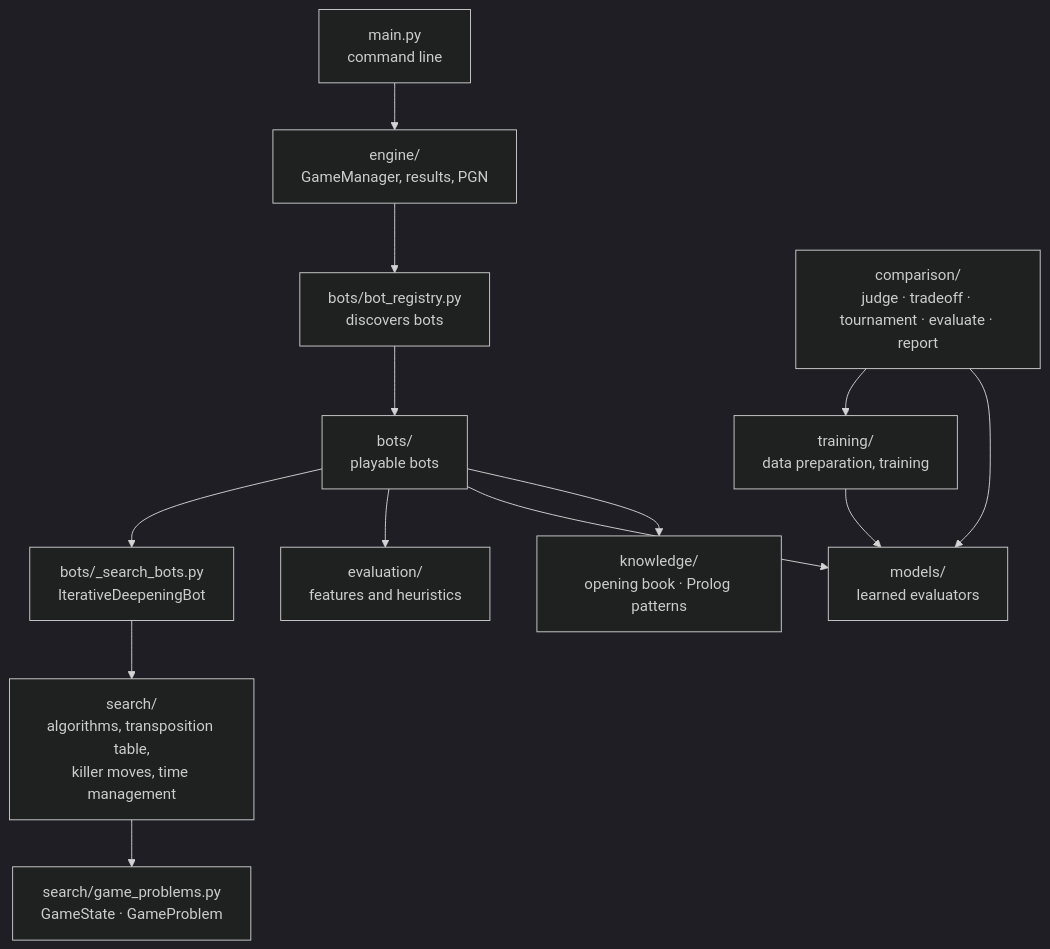
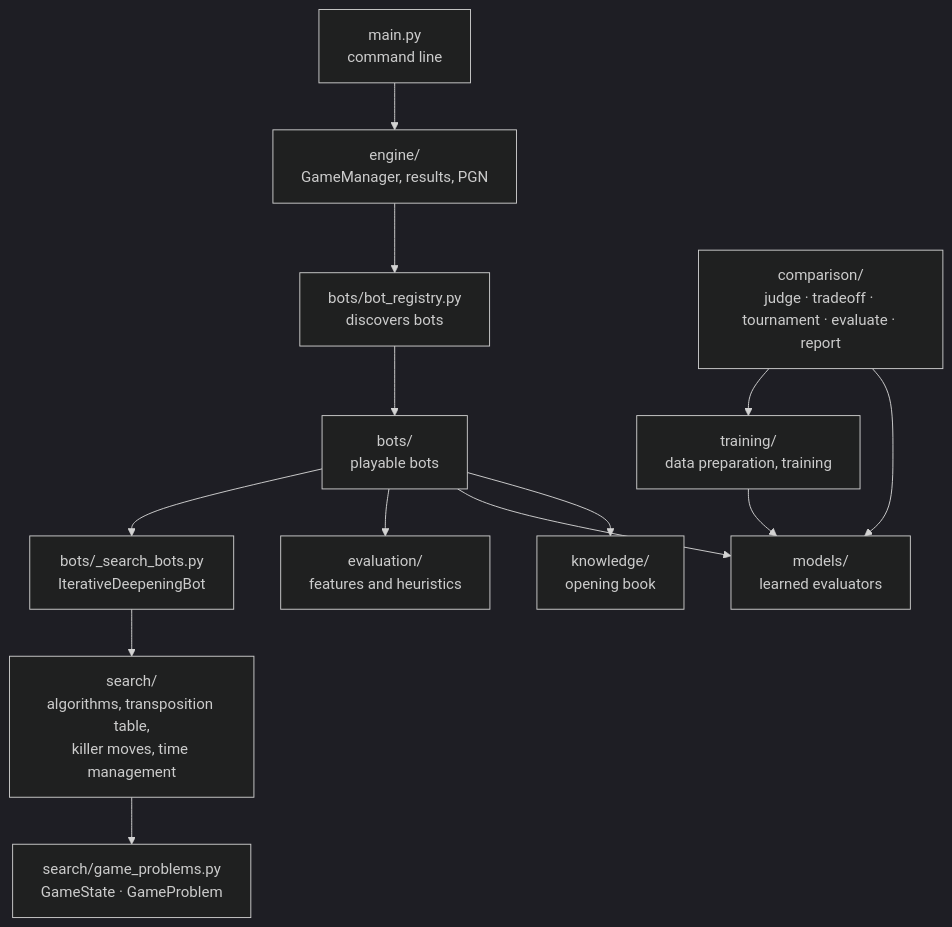
The first of 3 diagrams in docs/ARCHITECTURE.md (JoaquinDeVA/chess-ai-engine), drawn with Mermaid (dark theme) before and after one commit. The commit also changed other lines of this file and 7 other files, not shown here.

````diff
--- a/docs/ARCHITECTURE.md
+++ b/docs/ARCHITECTURE.md
@@ -12,15 +12,15 @@
 ```mermaid
 flowchart TB
     CLI["main.py<br/>command line"] --> GM["engine/<br/>GameManager, results, PGN"]
     GM --> REG["bots/bot_registry.py<br/>discovers bots"]
     REG --> BOTS["bots/<br/>playable bots"]
     BOTS --> BASES["bots/_search_bots.py<br/>IterativeDeepeningBot"]
     BASES --> SEARCH["search/<br/>algorithms, transposition table,<br/>killer moves, time management"]
     BOTS --> EVAL["evaluation/<br/>features and heuristics"]
     BOTS --> MODELS["models/<br/>learned evaluators"]
-    BOTS --> KNOW["knowledge/<br/>opening book · Prolog patterns"]
+    BOTS --> KNOW["knowledge/<br/>opening book"]
     SEARCH --> GAME["search/game_problems.py<br/>GameState · GameProblem"]
     TRAIN["training/<br/>data preparation, training"] --> MODELS
     COMP["comparison/<br/>judge · tradeoff · tournament · evaluate · report"] --> TRAIN
     COMP --> MODELS
 ```
````
